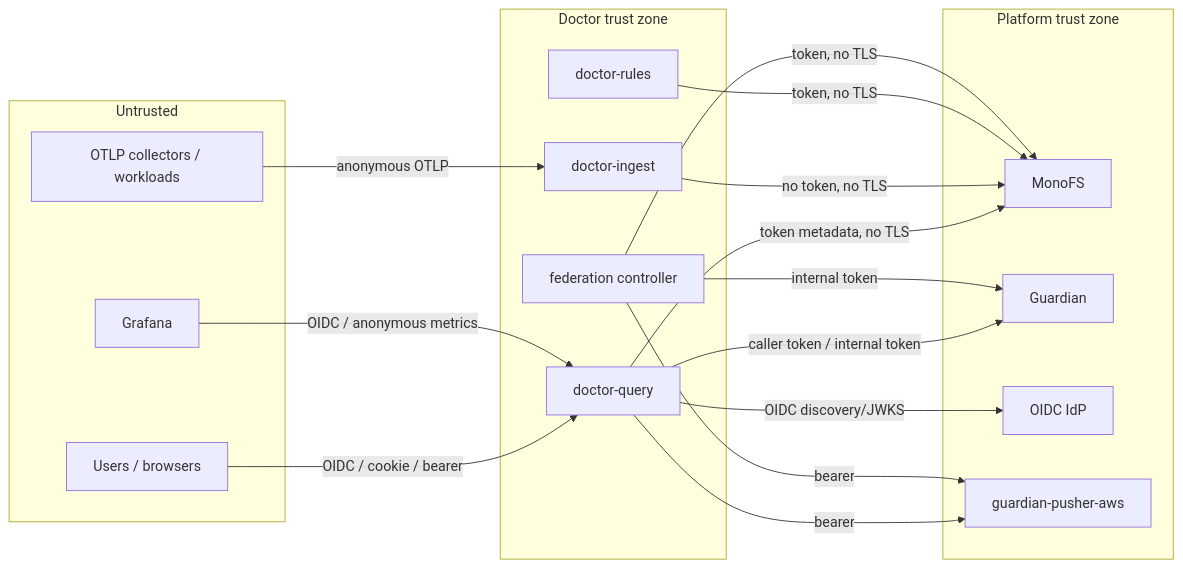
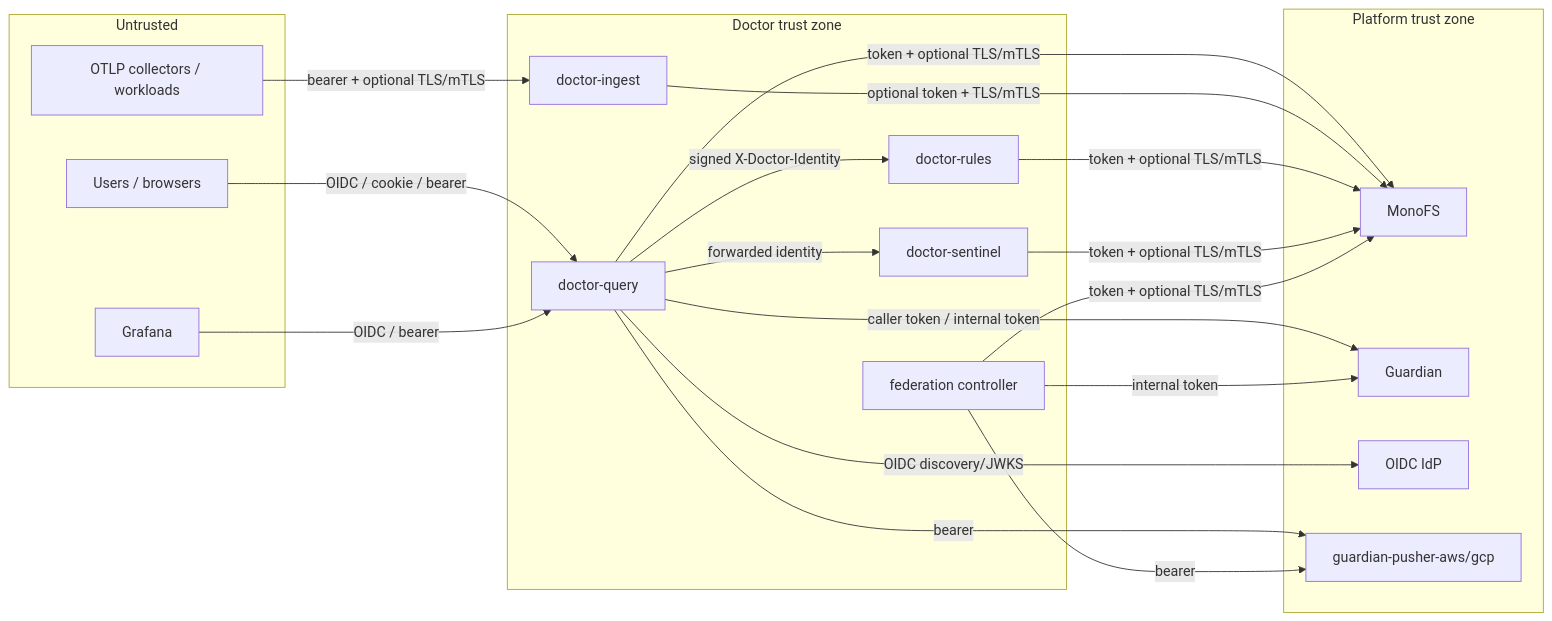
Before and after one commit to radryc/doctor: the diagram in docs/security-architecture.md, drawn with Mermaid. The commit also changed other lines of this file and 184 other files, not shown here.

First line of the commit message:
feat: add GCP federation, safer proxy defaults, and MonoFS bearer auth (#17)

````diff
--- a/docs/security-architecture.md
+++ b/docs/security-architecture.md
@@ -13,35 +13,39 @@
 ```mermaid
 flowchart LR
   subgraph Untrusted
     Internet[Users / browsers]
     Collectors[OTLP collectors / workloads]
     Grafana[Grafana]
   end
 
   subgraph Doctor trust zone
     Q[doctor-query]
     ING[doctor-ingest]
     R[doctor-rules]
+    S[doctor-sentinel]
     FC[federation controller]
   end
 
   subgraph Platform trust zone
     MF[MonoFS]
     G[Guardian]
     IDP[OIDC IdP]
-    PUSH[guardian-pusher-aws]
+    PUSH[guardian-pusher-aws/gcp]
   end
 
   Internet -->|OIDC / cookie / bearer| Q
-  Grafana -->|OIDC / anonymous metrics| Q
-  Collectors -->|anonymous OTLP| ING
-  Q -->|token metadata, no TLS| MF
-  ING -->|no token, no TLS| MF
-  R -->|token, no TLS| MF
-  FC -->|token, no TLS| MF
+  Grafana -->|OIDC / bearer| Q
+  Collectors -->|bearer + optional TLS/mTLS| ING
+  Q -->|token + optional TLS/mTLS| MF
+  ING -->|optional token + TLS/mTLS| MF
+  R -->|token + optional TLS/mTLS| MF
+  S -->|token + optional TLS/mTLS| MF
+  FC -->|token + optional TLS/mTLS| MF
   Q -->|caller token / internal token| G
+  Q -->|signed X-Doctor-Identity| R
+  Q -->|forwarded identity| S
   Q -->|bearer| PUSH
   Q -->|OIDC discovery/JWKS| IDP
   FC -->|internal token| G
   FC -->|bearer| PUSH
 ```
````
